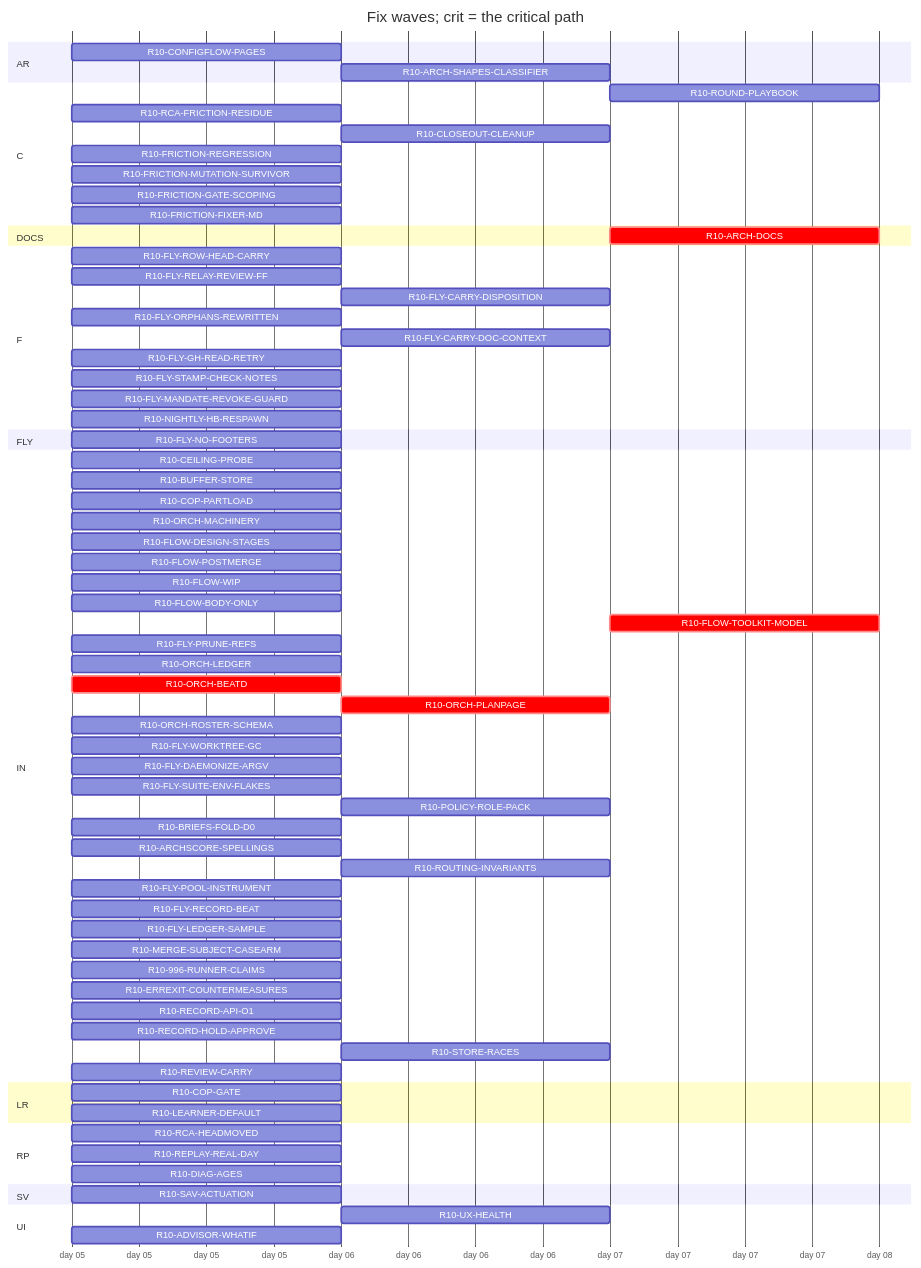
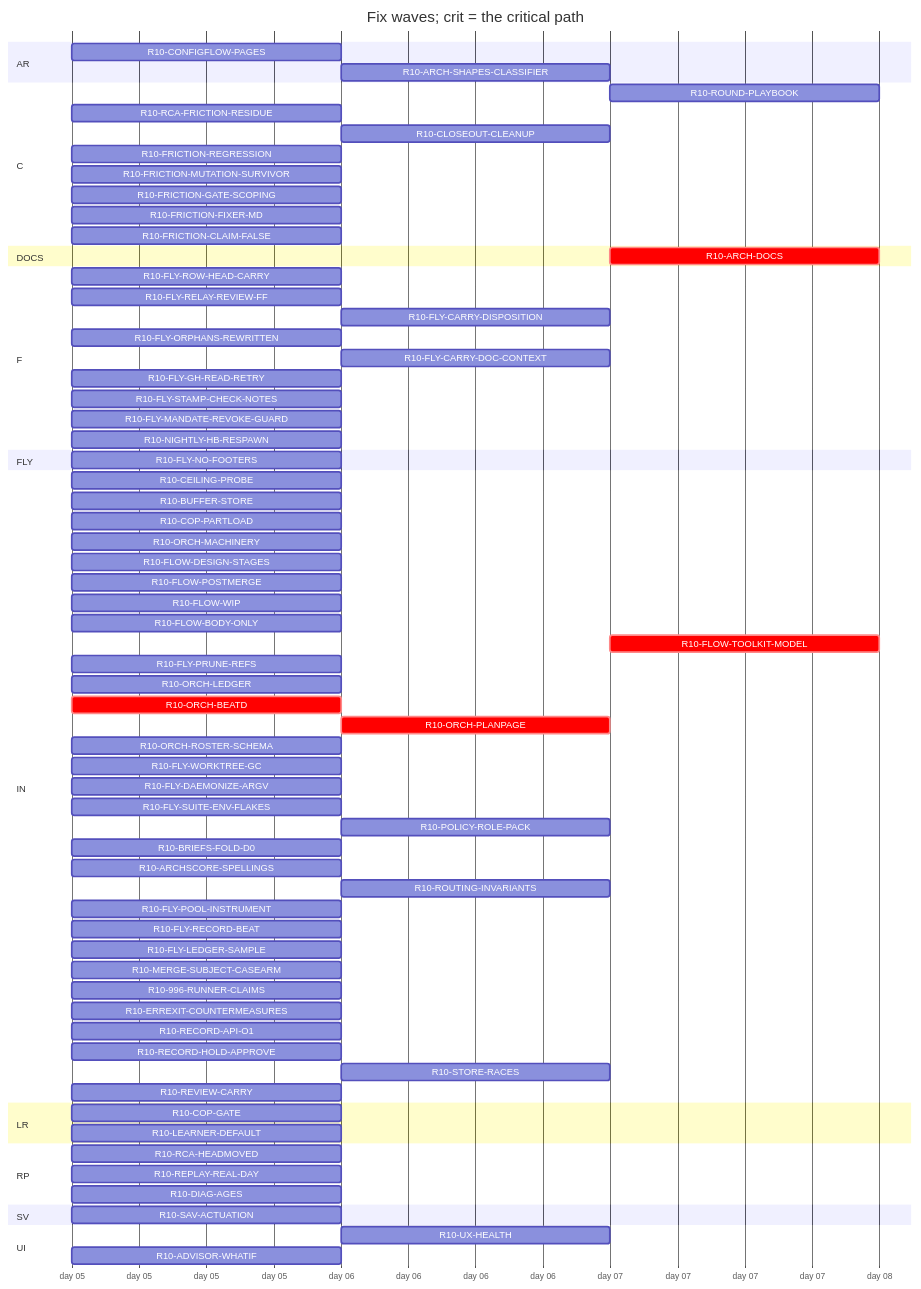
One commit to tvofi/heatpump_optimizer changed the diagram in handoff/round10/state/PLAN-TABLE.md. Above: the diagram before and after it, drawn with Mermaid. The commit also changed other lines of this file and 3 other files, not shown here.

Commit message:
state: FLOW-BOARD.md, NEXT-SESSION-PROMPT.md, PLAN-TABLE.md, RESUME-CURRENT.md regenerated (state_docs.py)

````diff
--- a/handoff/round10/state/PLAN-TABLE.md
+++ b/handoff/round10/state/PLAN-TABLE.md
@@ -23,75 +23,76 @@
 ```mermaid
 gantt
   title Fix waves; crit = the critical path
   dateFormat YYYY-MM-DD
   axisFormat day %d
   section AR
     R10-CONFIGFLOW-PAGES :r10CONFIGFLOWPAGES, 2026-01-05, 1d
     R10-ARCH-SHAPES-CLASSIFIER :r10ARCHSHAPESCLASSIFIER, after r10996RUNNERCLAIMS, 1d
   section C
     R10-ROUND-PLAYBOOK :r10ROUNDPLAYBOOK, after r10ORCHLEDGER r10ORCHBEATD r10ORCHPLANPAGE r10FLYRELAYREVIEWFF r10FLOWBODYONLY, 1d
     R10-RCA-FRICTION-RESIDUE :r10RCAFRICTIONRESIDUE, 2026-01-05, 1d
     R10-CLOSEOUT-CLEANUP :r10CLOSEOUTCLEANUP, after r10FLYPRUNEREFS r10FLYWORKTREEGC, 1d
     R10-FRICTION-REGRESSION :r10FRICTIONREGRESSION, 2026-01-05, 1d
     R10-FRICTION-MUTATION-SURVIVOR :r10FRICTIONMUTATIONSURVIVOR, 2026-01-05, 1d
     R10-FRICTION-GATE-SCOPING :r10FRICTIONGATESCOPING, 2026-01-05, 1d
     R10-FRICTION-FIXER-MD :r10FRICTIONFIXERMD, 2026-01-05, 1d
+    R10-FRICTION-CLAIM-FALSE :r10FRICTIONCLAIMFALSE, 2026-01-05, 1d
   section DOCS
     R10-ARCH-DOCS :crit, r10ARCHDOCS, after r10COPGATE r10UXHEALTH r10CONFIGFLOWPAGES r10RCAHEADMOVED r10CEILINGPROBE r10BUFFERSTORE r10COPPARTLOAD r10LEARNERDEFAULT r10FLOWDESIGNSTAGES r10FLOWPOSTMERGE r10FLOWWIP r10FLOWBODYONLY r10FLYROWHEADCARRY r10FLYRELAYREVIEWFF r10FLYCARRYDISPOSITION r10FLYORPHANSREWRITTEN r10FLYCARRYDOCCONTEXT r10FLOWTOOLKITMODEL r10FLYSTAMPCHECKNOTES r10FLYMANDATEREVOKEGUARD r10RCAFRICTIONRESIDUE r10NIGHTLYHBRESPAWN r10FLYPRUNEREFS r10ORCHLEDGER r10ORCHBEATD r10ORCHPLANPAGE r10ORCHROSTERSCHEMA r10FLYWORKTREEGC r10FLYDAEMONIZEARGV r10POLICYROLEPACK r10BRIEFSFOLDD0 r10REPLAYREALDAY r10ARCHSCORESPELLINGS r10SAVACTUATION r10FLYLEDGERSAMPLE, 1d
   section F
     R10-FLY-ROW-HEAD-CARRY :r10FLYROWHEADCARRY, 2026-01-05, 1d
     R10-FLY-RELAY-REVIEW-FF :r10FLYRELAYREVIEWFF, 2026-01-05, 1d
     R10-FLY-CARRY-DISPOSITION :r10FLYCARRYDISPOSITION, after r10FLYORPHANSREWRITTEN, 1d
     R10-FLY-ORPHANS-REWRITTEN :r10FLYORPHANSREWRITTEN, 2026-01-05, 1d
     R10-FLY-CARRY-DOC-CONTEXT :r10FLYCARRYDOCCONTEXT, after r10FLYGHREADRETRY, 1d
     R10-FLY-GH-READ-RETRY :r10FLYGHREADRETRY, 2026-01-05, 1d
     R10-FLY-STAMP-CHECK-NOTES :r10FLYSTAMPCHECKNOTES, 2026-01-05, 1d
     R10-FLY-MANDATE-REVOKE-GUARD :r10FLYMANDATEREVOKEGUARD, 2026-01-05, 1d
     R10-NIGHTLY-HB-RESPAWN :r10NIGHTLYHBRESPAWN, 2026-01-05, 1d
   section FLY
     R10-FLY-NO-FOOTERS :r10FLYNOFOOTERS, 2026-01-05, 1d
   section IN
     R10-CEILING-PROBE :r10CEILINGPROBE, 2026-01-05, 1d
     R10-BUFFER-STORE :r10BUFFERSTORE, 2026-01-05, 1d
     R10-COP-PARTLOAD :r10COPPARTLOAD, 2026-01-05, 1d
     R10-ORCH-MACHINERY :r10ORCHMACHINERY, 2026-01-05, 1d
     R10-FLOW-DESIGN-STAGES :r10FLOWDESIGNSTAGES, 2026-01-05, 1d
     R10-FLOW-POSTMERGE :r10FLOWPOSTMERGE, 2026-01-05, 1d
     R10-FLOW-WIP :r10FLOWWIP, 2026-01-05, 1d
     R10-FLOW-BODY-ONLY :r10FLOWBODYONLY, 2026-01-05, 1d
     R10-FLOW-TOOLKIT-MODEL :crit, r10FLOWTOOLKITMODEL, after r10ORCHPLANPAGE, 1d
     R10-FLY-PRUNE-REFS :r10FLYPRUNEREFS, 2026-01-05, 1d
     R10-ORCH-LEDGER :r10ORCHLEDGER, 2026-01-05, 1d
     R10-ORCH-BEATD :crit, r10ORCHBEATD, 2026-01-05, 1d
     R10-ORCH-PLANPAGE :crit, r10ORCHPLANPAGE, after r10ORCHBEATD, 1d
     R10-ORCH-ROSTER-SCHEMA :r10ORCHROSTERSCHEMA, 2026-01-05, 1d
     R10-FLY-WORKTREE-GC :r10FLYWORKTREEGC, 2026-01-05, 1d
     R10-FLY-DAEMONIZE-ARGV :r10FLYDAEMONIZEARGV, 2026-01-05, 1d
     R10-FLY-SUITE-ENV-FLAKES :r10FLYSUITEENVFLAKES, 2026-01-05, 1d
     R10-POLICY-ROLE-PACK :r10POLICYROLEPACK, after r10FLOWDESIGNSTAGES, 1d
     R10-BRIEFS-FOLD-D0 :r10BRIEFSFOLDD0, 2026-01-05, 1d
     R10-ARCHSCORE-SPELLINGS :r10ARCHSCORESPELLINGS, 2026-01-05, 1d
     R10-ROUTING-INVARIANTS :r10ROUTINGINVARIANTS, after r10ORCHROSTERSCHEMA, 1d
     R10-FLY-POOL-INSTRUMENT :r10FLYPOOLINSTRUMENT, 2026-01-05, 1d
     R10-FLY-RECORD-BEAT :r10FLYRECORDBEAT, 2026-01-05, 1d
     R10-FLY-LEDGER-SAMPLE :r10FLYLEDGERSAMPLE, 2026-01-05, 1d
     R10-MERGE-SUBJECT-CASEARM :r10MERGESUBJECTCASEARM, 2026-01-05, 1d
     R10-996-RUNNER-CLAIMS :r10996RUNNERCLAIMS, 2026-01-05, 1d
     R10-ERREXIT-COUNTERMEASURES :r10ERREXITCOUNTERMEASURES, 2026-01-05, 1d
     R10-RECORD-API-O1 :r10RECORDAPIO1, 2026-01-05, 1d
     R10-RECORD-HOLD-APPROVE :r10RECORDHOLDAPPROVE, 2026-01-05, 1d
     R10-STORE-RACES :r10STORERACES, after r10BUFFERSTORE, 1d
     R10-REVIEW-CARRY :r10REVIEWCARRY, 2026-01-05, 1d
   section LR
     R10-COP-GATE :r10COPGATE, 2026-01-05, 1d
     R10-LEARNER-DEFAULT :r10LEARNERDEFAULT, 2026-01-05, 1d
   section RP
     R10-RCA-HEADMOVED :r10RCAHEADMOVED, 2026-01-05, 1d
     R10-REPLAY-REAL-DAY :r10REPLAYREALDAY, 2026-01-05, 1d
     R10-DIAG-AGES :r10DIAGAGES, 2026-01-05, 1d
   section SV
     R10-SAV-ACTUATION :r10SAVACTUATION, 2026-01-05, 1d
   section UI
     R10-UX-HEALTH :r10UXHEALTH, after r10COPGATE, 1d
     R10-ADVISOR-WHATIF :r10ADVISORWHATIF, 2026-01-05, 1d
 ```
````
